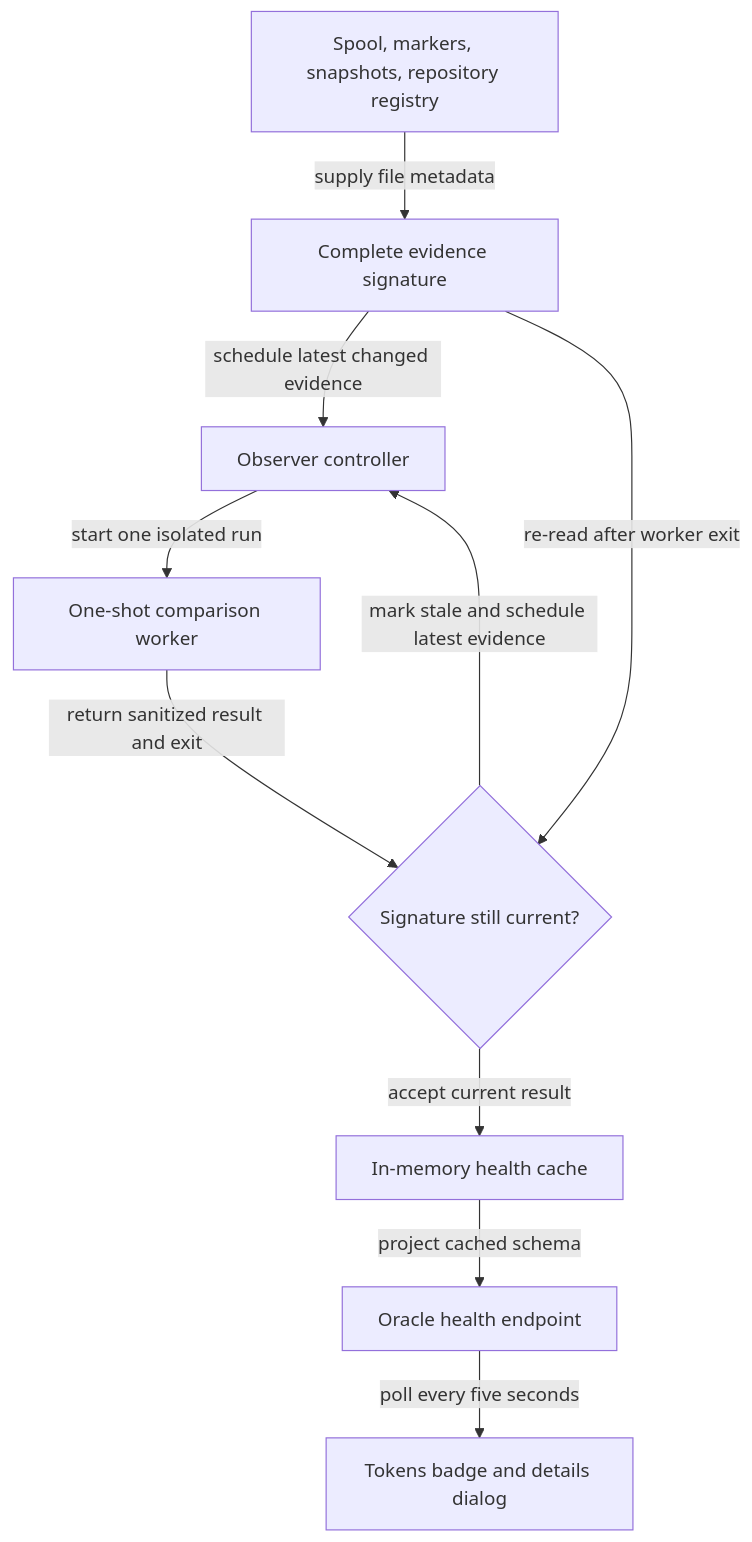
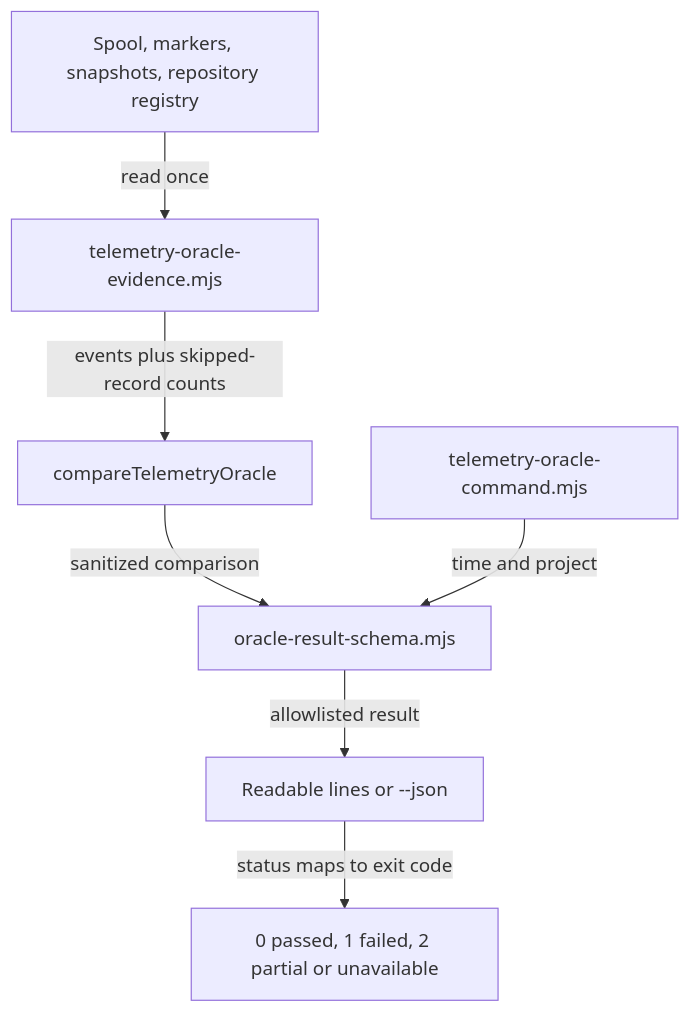
Before and after one commit to kirinmurphy/roborepo-alpha: the second of 2 diagrams in docs/internal/telemetry-internals.md, drawn with Mermaid. The commit also changed other lines of this file and 34 other files, not shown here.

First line of the commit message:
telemetry: replace the live oracle observer with `roborepo telemetry oracle`

````diff
--- a/docs/internal/telemetry-internals.md
+++ b/docs/internal/telemetry-internals.md
@@ -152,12 +134,9 @@
 ```mermaid
 flowchart TD
-    stores[Spool, markers, snapshots, repository registry] -->|supply file metadata| signature[Complete evidence signature]
-    signature -->|schedule latest changed evidence| observer[Observer controller]
-    observer -->|start one isolated run| worker[One-shot comparison worker]
-    worker -->|return sanitized result and exit| fresh{Signature still current?}
-    signature -->|re-read after worker exit| fresh
-    fresh -->|accept current result| cache[In-memory health cache]
-    fresh -->|mark stale and schedule latest evidence| observer
-    cache -->|project cached schema| endpoint[Oracle health endpoint]
-    endpoint -->|poll every five seconds| badge[Tokens badge and details dialog]
+    stores[Spool, markers, snapshots, repository registry] -->|read once| reader[telemetry-oracle-evidence.mjs]
+    reader -->|events plus skipped-record counts| compare[compareTelemetryOracle]
+    compare -->|sanitized comparison| schema[oracle-result-schema.mjs]
+    command[telemetry-oracle-command.mjs] -->|time and project| schema
+    schema -->|allowlisted result| output[Readable lines or --json]
+    output -->|status maps to exit code| exit[0 passed, 1 failed, 2 partial or unavailable]
 ```
````
